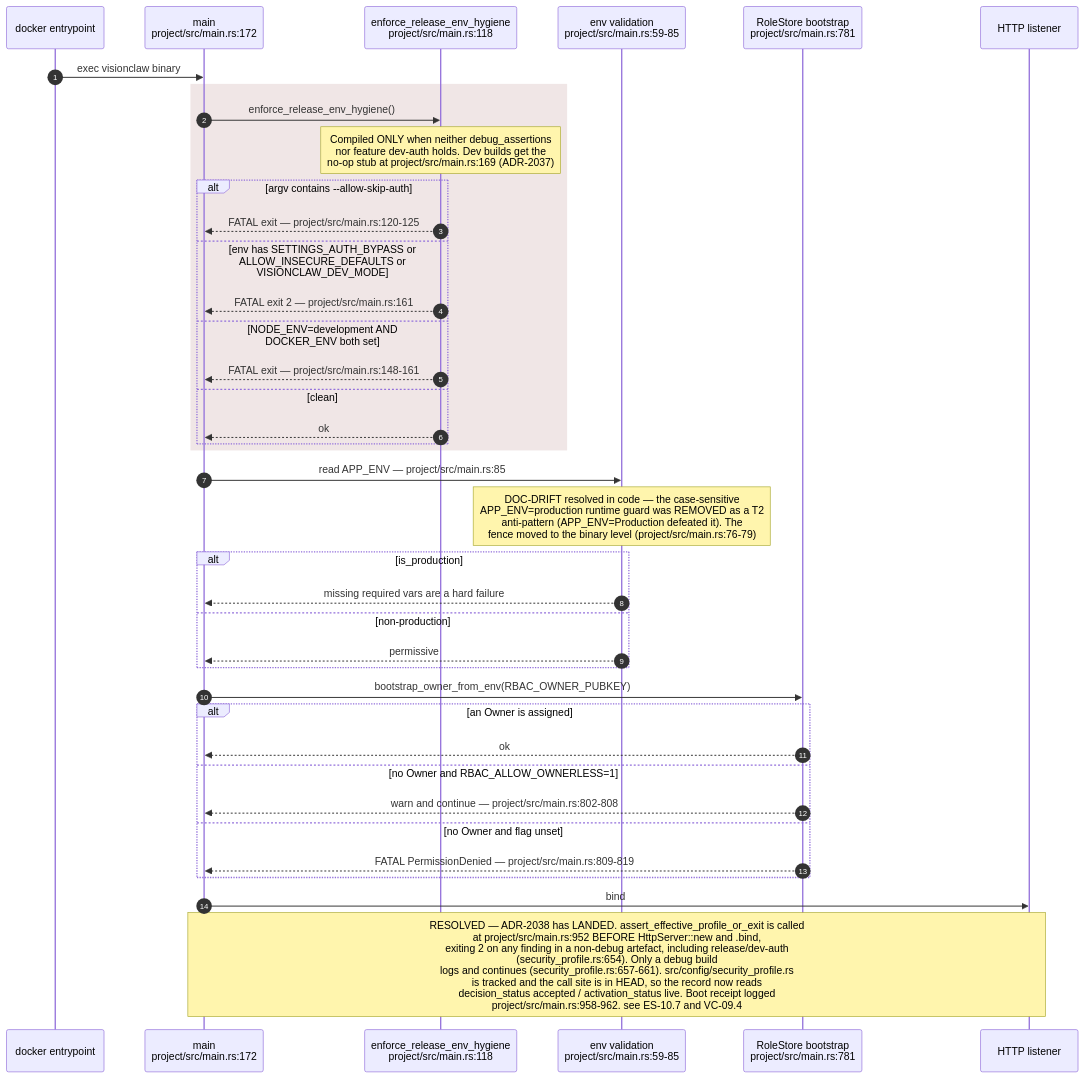
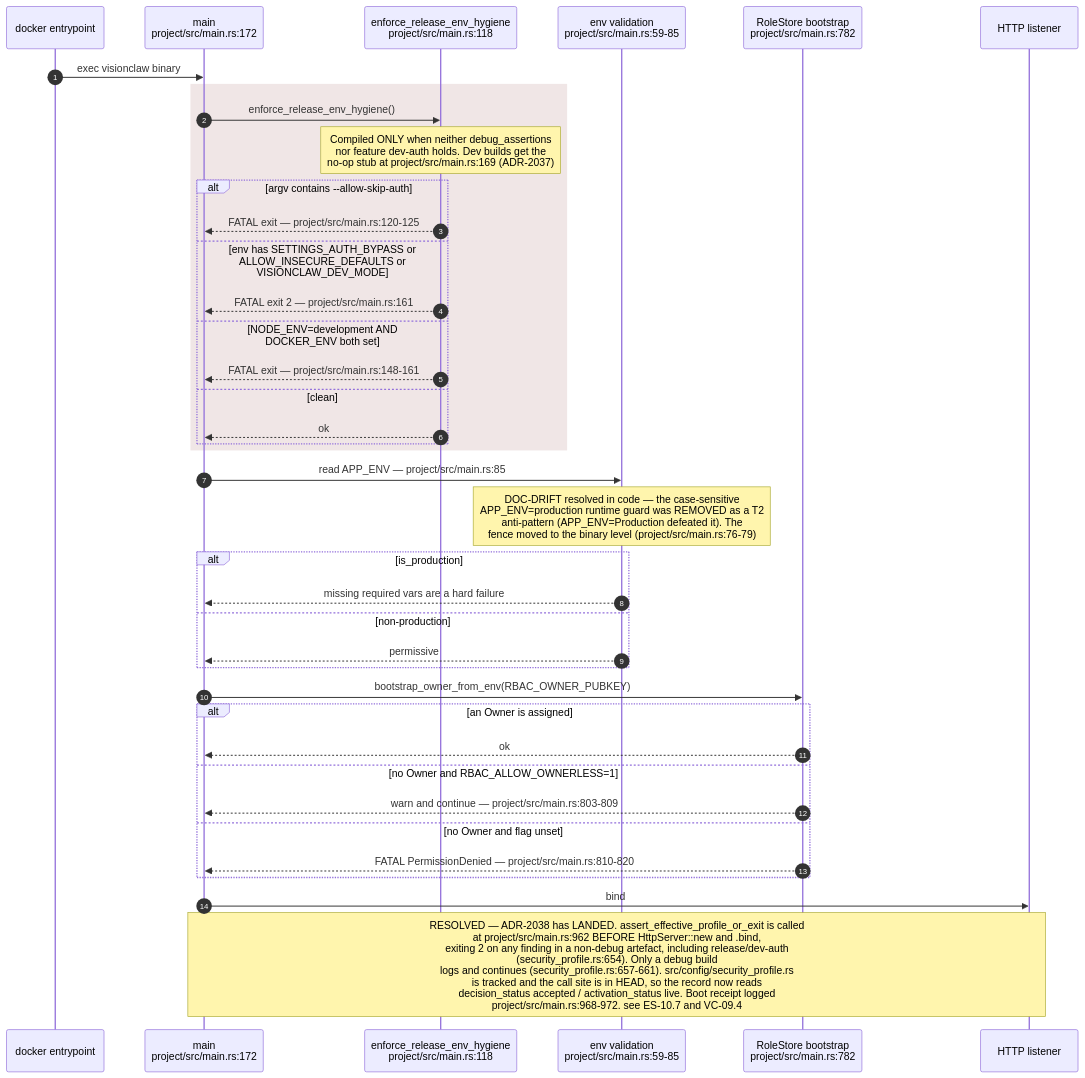
The second of 11 diagrams in docs/diagrams/estate/10-deployment-and-security-profiles.md (DreamLab-AI/VisionFlow), drawn with Mermaid before and after one commit. The commit also changed other lines of this file and 49 other files, not shown here.

First line of the commit message:
docs(diagrams): re-derive and re-stamp VisionClaw, estate, knowledge-graph, visionGraph, VisionFlow and sidestr topics

````diff
--- a/docs/diagrams/estate/10-deployment-and-security-profiles.md
+++ b/docs/diagrams/estate/10-deployment-and-security-profiles.md
@@ -102,42 +102,42 @@
 ```mermaid
 sequenceDiagram
     autonumber
     participant OS as docker entrypoint
     participant M as main<br/>project/src/main.rs:172
     participant EH as enforce_release_env_hygiene<br/>project/src/main.rs:118
     participant EV as env validation<br/>project/src/main.rs:59-85
-    participant RS as RoleStore bootstrap<br/>project/src/main.rs:781
+    participant RS as RoleStore bootstrap<br/>project/src/main.rs:782
     participant L as HTTP listener
 
     OS->>M: exec visionclaw binary
     rect rgb(240,230,230)
     M->>EH: enforce_release_env_hygiene()
     Note over EH: Compiled ONLY when neither debug_assertions<br/>nor feature dev-auth holds. Dev builds get the<br/>no-op stub at project/src/main.rs:169 (ADR-2037)
     alt argv contains --allow-skip-auth
         EH-->>M: FATAL exit — project/src/main.rs:120-125
     else env has SETTINGS_AUTH_BYPASS or ALLOW_INSECURE_DEFAULTS or VISIONCLAW_DEV_MODE
         EH-->>M: FATAL exit 2 — project/src/main.rs:161
     else NODE_ENV=development AND DOCKER_ENV both set
         EH-->>M: FATAL exit — project/src/main.rs:148-161
     else clean
         EH-->>M: ok
     end
     end
     M->>EV: read APP_ENV — project/src/main.rs:85
     Note over EV: DOC-DRIFT resolved in code — the case-sensitive<br/>APP_ENV=production runtime guard was REMOVED as a T2<br/>anti-pattern (APP_ENV=Production defeated it). The<br/>fence moved to the binary level (project/src/main.rs:76-79)
     alt is_production
         EV-->>M: missing required vars are a hard failure
     else non-production
         EV-->>M: permissive
     end
     M->>RS: bootstrap_owner_from_env(RBAC_OWNER_PUBKEY)
     alt an Owner is assigned
         RS-->>M: ok
     else no Owner and RBAC_ALLOW_OWNERLESS=1
-        RS-->>M: warn and continue — project/src/main.rs:802-808
+        RS-->>M: warn and continue — project/src/main.rs:803-809
     else no Owner and flag unset
-        RS-->>M: FATAL PermissionDenied — project/src/main.rs:809-819
+        RS-->>M: FATAL PermissionDenied — project/src/main.rs:810-820
     end
     M->>L: bind
-    Note over M,L: RESOLVED — ADR-2038 has LANDED. assert_effective_profile_or_exit is called<br/>at project/src/main.rs:952 BEFORE HttpServer::new and .bind,<br/>exiting 2 on any finding in a non-debug artefact, including release/dev-auth<br/>(security_profile.rs:654). Only a debug build<br/>logs and continues (security_profile.rs:657-661). src/config/security_profile.rs<br/>is tracked and the call site is in HEAD, so the record now reads<br/>decision_status accepted / activation_status live. Boot receipt logged<br/>project/src/main.rs:958-962. see ES-10.7 and VC-09.4
+    Note over M,L: RESOLVED — ADR-2038 has LANDED. assert_effective_profile_or_exit is called<br/>at project/src/main.rs:962 BEFORE HttpServer::new and .bind,<br/>exiting 2 on any finding in a non-debug artefact, including release/dev-auth<br/>(security_profile.rs:654). Only a debug build<br/>logs and continues (security_profile.rs:657-661). src/config/security_profile.rs<br/>is tracked and the call site is in HEAD, so the record now reads<br/>decision_status accepted / activation_status live. Boot receipt logged<br/>project/src/main.rs:968-972. see ES-10.7 and VC-09.4
 ```
````
